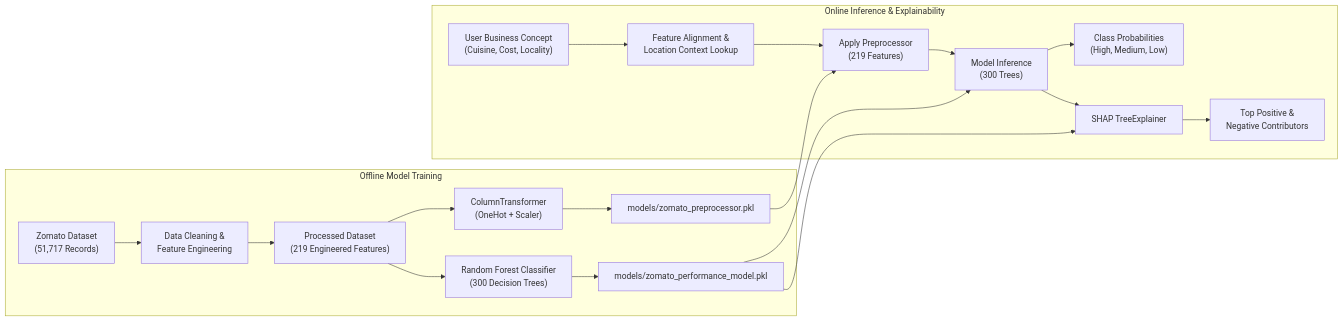
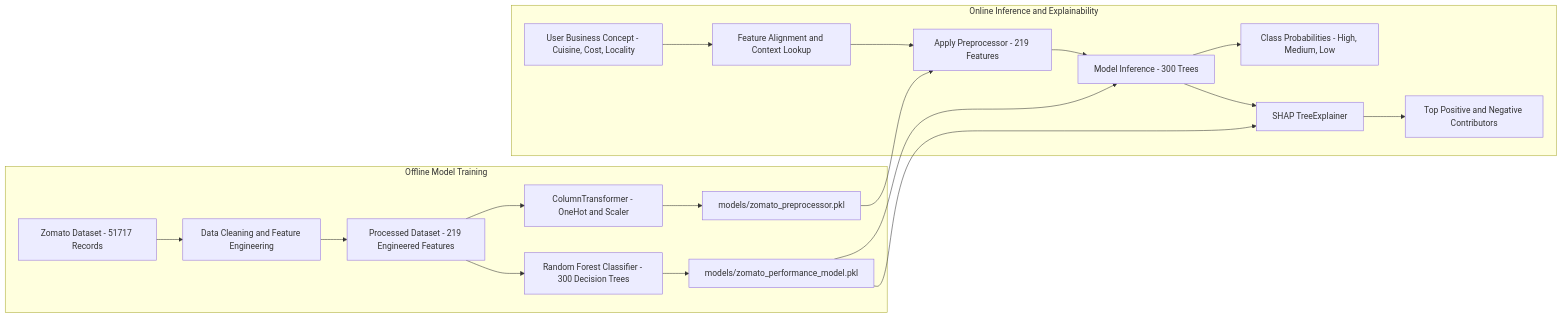
One commit to Tanay-chaturvedi/Business_Analysis_Agent changed the fourth of 5 diagrams in README.md. Above: the diagram before and after it, drawn with Mermaid. The commit also changed other lines of this file, not shown here.

Commit message:
docs: ensure strict GitHub rendering compatibility for all diagrams and Markdown

````diff
--- a/README.md
+++ b/README.md
@@ -454,23 +454,23 @@
 ```mermaid
 flowchart LR
-    subgraph Offline["Offline Model Training"]
-        Raw["Zomato Dataset<br/>(51,717 Records)"] --> Clean["Data Cleaning &<br/>Feature Engineering"]
-        Clean --> TrainSet["Processed Dataset<br/>(219 Engineered Features)"]
-        TrainSet --> Preprocessor["ColumnTransformer<br/>(OneHot + Scaler)"]
-        TrainSet --> Trainer["Random Forest Classifier<br/>(300 Decision Trees)"]
+    subgraph Offline ["Offline Model Training"]
+        Raw["Zomato Dataset - 51717 Records"] --> Clean["Data Cleaning and Feature Engineering"]
+        Clean --> TrainSet["Processed Dataset - 219 Engineered Features"]
+        TrainSet --> Preprocessor["ColumnTransformer - OneHot and Scaler"]
+        TrainSet --> Trainer["Random Forest Classifier - 300 Decision Trees"]
         Preprocessor --> ArtPre["models/zomato_preprocessor.pkl"]
         Trainer --> ArtModel["models/zomato_performance_model.pkl"]
     end
 
-    subgraph Online["Online Inference & Explainability"]
-        UserInput["User Business Concept<br/>(Cuisine, Cost, Locality)"] --> Impute["Feature Alignment &<br/>Location Context Lookup"]
-        ArtPre --> Transform["Apply Preprocessor<br/>(219 Features)"]
+    subgraph Online ["Online Inference and Explainability"]
+        UserInput["User Business Concept - Cuisine, Cost, Locality"] --> Impute["Feature Alignment and Context Lookup"]
+        ArtPre --> Transform["Apply Preprocessor - 219 Features"]
         Impute --> Transform
-        Transform --> Predict["Model Inference<br/>(300 Trees)"]
+        Transform --> Predict["Model Inference - 300 Trees"]
         ArtModel --> Predict
-        Predict --> Probs["Class Probabilities<br/>(High, Medium, Low)"]
+        Predict --> Probs["Class Probabilities - High, Medium, Low"]
         Predict --> Explainer["SHAP TreeExplainer"]
         ArtModel --> Explainer
-        Explainer --> ShapValues["Top Positive &<br/>Negative Contributors"]
+        Explainer --> ShapValues["Top Positive and Negative Contributors"]
     end
 ```
````
